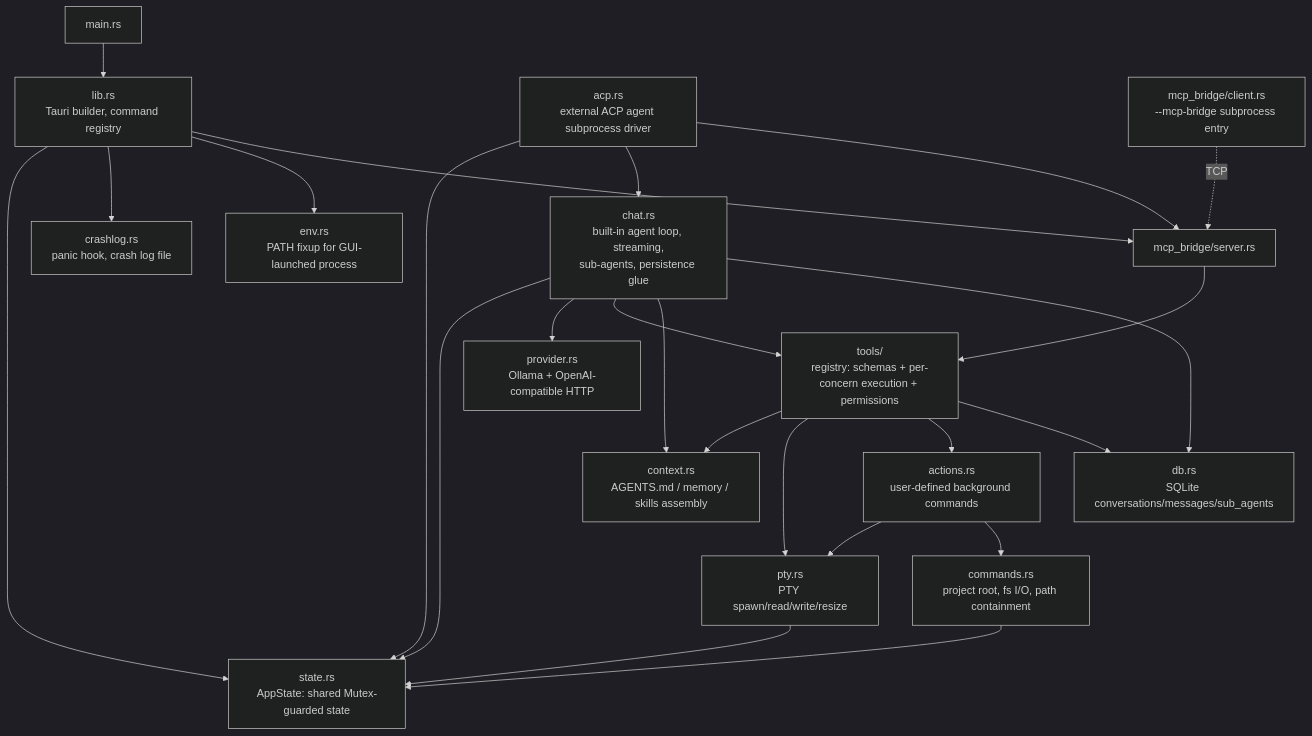
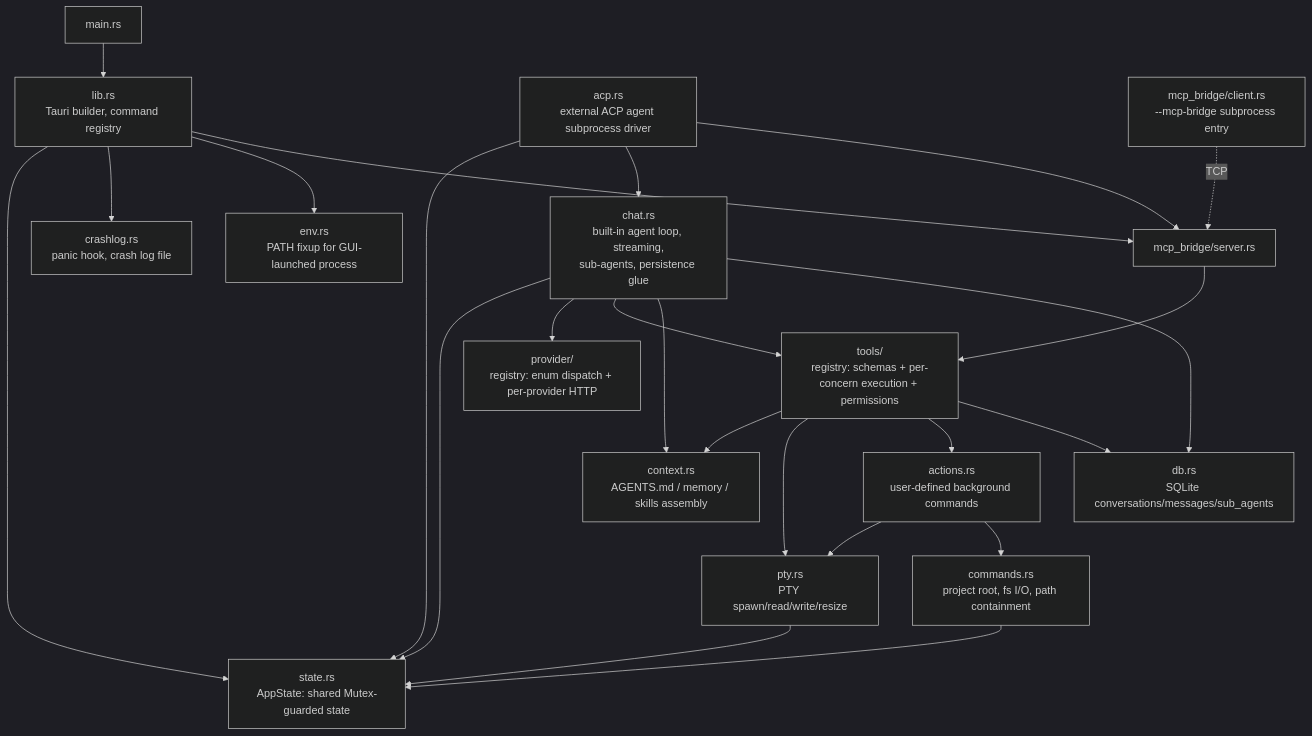
One commit to patheticGeek/ai-leash changed the second of 3 diagrams in ARCHITECTURE.md. Above: the diagram before and after it, drawn with Mermaid (dark theme). The commit also changed other lines of this file and 4 other files, not shown here.

````diff
--- a/ARCHITECTURE.md
+++ b/ARCHITECTURE.md
@@ -43,32 +43,32 @@
 ```mermaid
 graph TD
     main[main.rs] --> lib[lib.rs\nTauri builder, command registry]
     lib --> state[state.rs\nAppState: shared Mutex-guarded state]
     lib --> crashlog[crashlog.rs\npanic hook, crash log file]
     lib --> env[env.rs\nPATH fixup for GUI-launched process]
     lib --> mcpsrv[mcp_bridge::server\nloopback listener]
 
     commands[commands.rs\nproject root, fs I/O, path containment] --> state
     pty[pty.rs\nPTY spawn/read/write/resize] --> state
 
     chat[chat.rs\nbuilt-in agent loop, streaming,\nsub-agents, persistence glue] --> state
-    chat --> provider[provider.rs\nOllama + OpenAI-compatible HTTP]
+    chat --> provider[provider/\nregistry: enum dispatch + per-provider HTTP]
     chat --> tools[tools/\nregistry: schemas + per-concern execution + permissions]
     chat --> context[context.rs\nAGENTS.md / memory / skills assembly]
     chat --> db[db.rs\nSQLite conversations/messages/sub_agents]
 
     tools --> context
     tools --> pty
     tools --> actions[actions.rs\nuser-defined background commands]
     tools --> db
 
     acp[acp.rs\nexternal ACP agent subprocess driver] --> state
     acp --> chat
     acp --> mcpsrv
 
     mcpsrv[mcp_bridge/server.rs] --> tools
     mcpbridge_client[mcp_bridge/client.rs\n--mcp-bridge subprocess entry] -.TCP.-> mcpsrv
 
     actions --> pty
     actions --> commands
 ```
````
